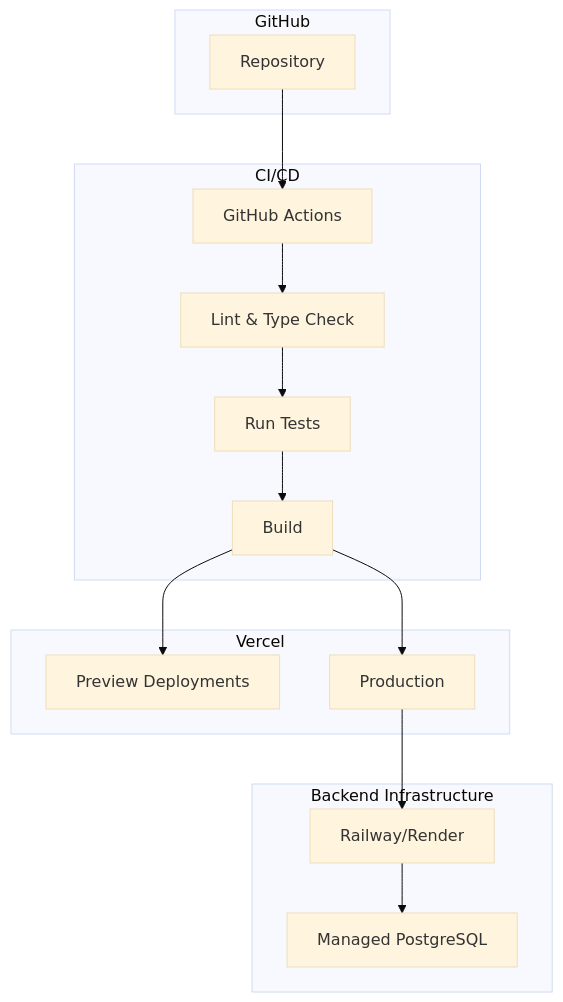
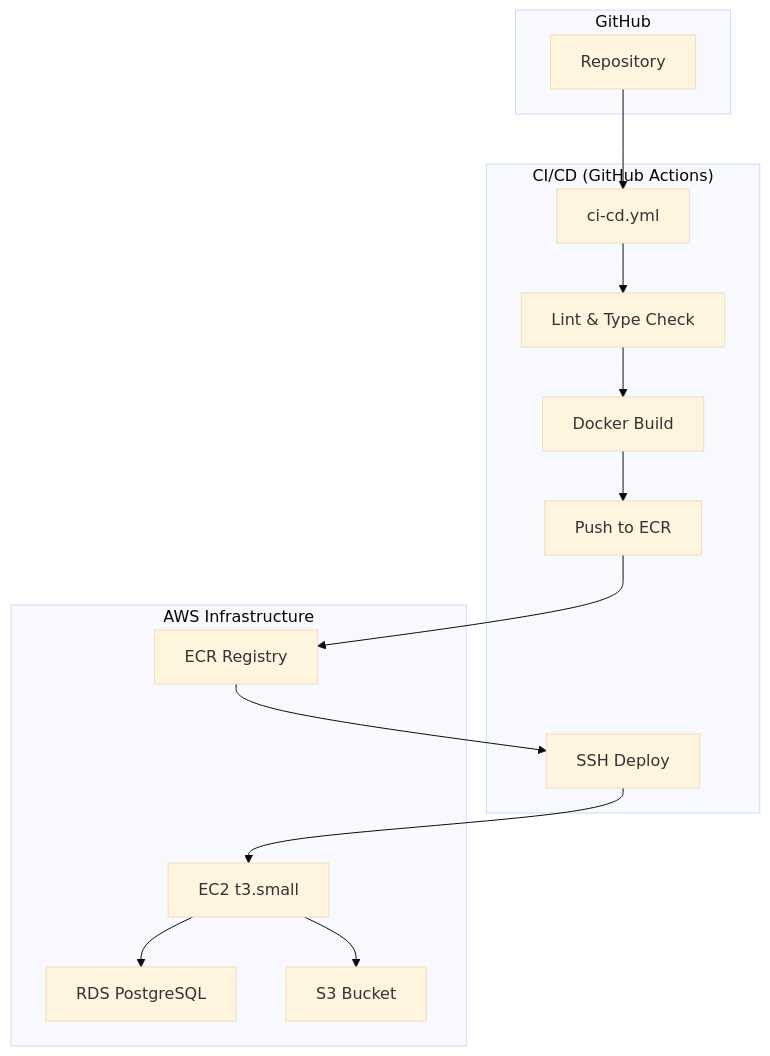
The seventh of 7 diagrams in docs/architecture/SYSTEM_ARCHITECTURE.md (gsriramve/edunexus), drawn with Mermaid (base theme) before and after one commit. The commit also changed other lines of this file and 1 other file, not shown here.

First line of the commit message:
docs: Update architecture and session docs for JWT migration

````diff
--- a/docs/architecture/SYSTEM_ARCHITECTURE.md
+++ b/docs/architecture/SYSTEM_ARCHITECTURE.md
@@ -323,32 +426,31 @@
 ```mermaid
 flowchart TB
     subgraph GitHub["GitHub"]
         Repo["Repository"]
     end
 
-    subgraph CI["CI/CD"]
-        Actions["GitHub Actions"]
+    subgraph CI["CI/CD (GitHub Actions)"]
+        Actions["ci-cd.yml"]
         Lint["Lint & Type Check"]
-        Test["Run Tests"]
-        Build["Build"]
+        Build["Docker Build"]
+        Push["Push to ECR"]
+        Deploy["SSH Deploy"]
     end
 
-    subgraph Vercel["Vercel"]
-        Preview["Preview Deployments"]
-        Production["Production"]
-    end
-
-    subgraph Backend["Backend Infrastructure"]
-        Railway["Railway/Render"]
-        DBHOST["Managed PostgreSQL"]
+    subgraph AWS["AWS Infrastructure"]
+        EC2["EC2 t3.small"]
+        RDS["RDS PostgreSQL"]
+        S3["S3 Bucket"]
+        ECR["ECR Registry"]
     end
 
     Repo --> Actions
     Actions --> Lint
-    Lint --> Test
-    Test --> Build
-    Build --> Preview
-    Build --> Production
-    Production --> Railway
-    Railway --> DBHOST
+    Lint --> Build
+    Build --> Push
+    Push --> ECR
+    ECR --> Deploy
+    Deploy --> EC2
+    EC2 --> RDS
+    EC2 --> S3
 ```
````
